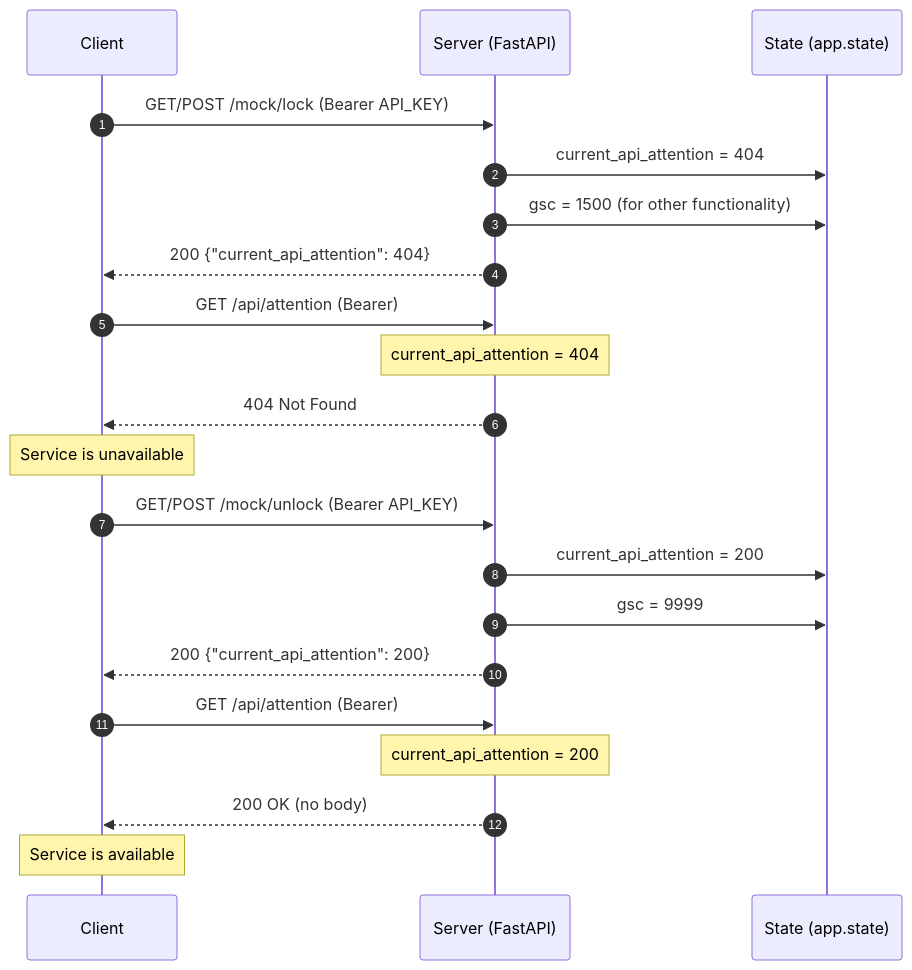
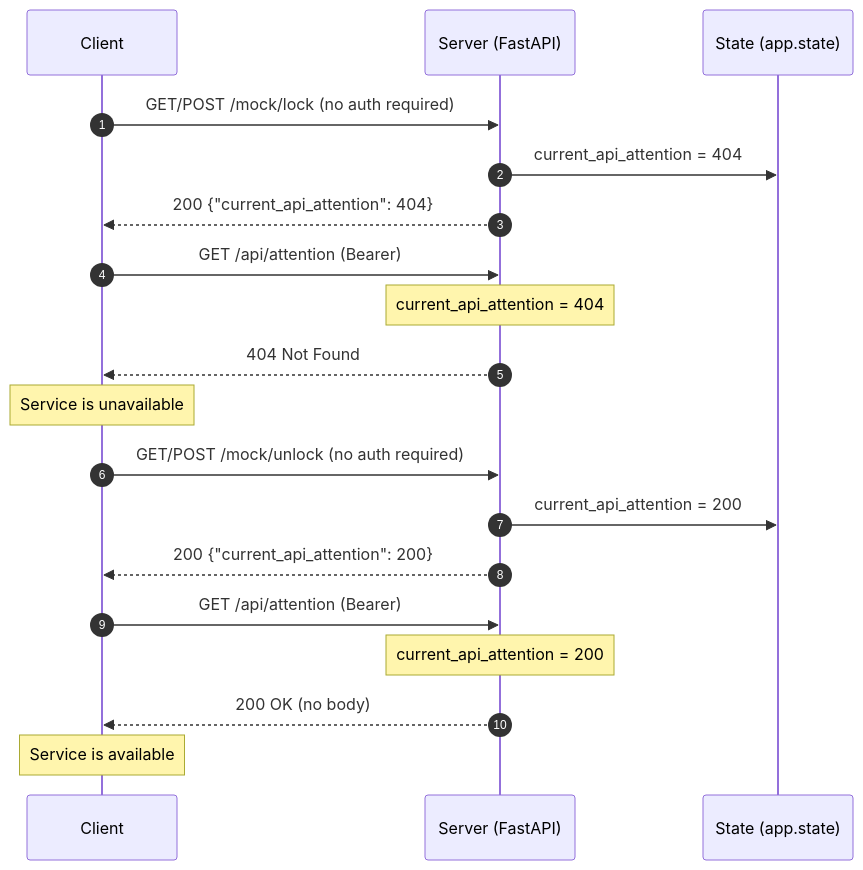
The third of 8 diagrams in doc/SEQUENCES.md (bringout/ofs-mockup-srv), drawn with Mermaid before and after one commit. The commit also changed other lines of this file, not shown here.

First line of the commit message:
Update sequence diagrams to remove GSC references and show no-auth mock endpoints

````diff
--- a/doc/SEQUENCES.md
+++ b/doc/SEQUENCES.md
@@ -20,27 +43,25 @@
 ```mermaid
 sequenceDiagram
     autonumber
     participant C as Client
     participant S as Server (FastAPI)
     participant ST as State (app.state)
 
-    C->>S: GET/POST /mock/lock (Bearer API_KEY)
+    C->>S: GET/POST /mock/lock (no auth required)
     S->>ST: current_api_attention = 404
-    S->>ST: gsc = 1500 (for other functionality)
     S-->>C: 200 {"current_api_attention": 404}
 
     C->>S: GET /api/attention (Bearer)
     Note over S: current_api_attention = 404
     S-->>C: 404 Not Found
     Note over C: Service is unavailable
 
-    C->>S: GET/POST /mock/unlock (Bearer API_KEY)
+    C->>S: GET/POST /mock/unlock (no auth required)
     S->>ST: current_api_attention = 200
-    S->>ST: gsc = 9999
     S-->>C: 200 {"current_api_attention": 200}
 
     C->>S: GET /api/attention (Bearer)
     Note over S: current_api_attention = 200
     S-->>C: 200 OK (no body)
     Note over C: Service is available
 ```
````
